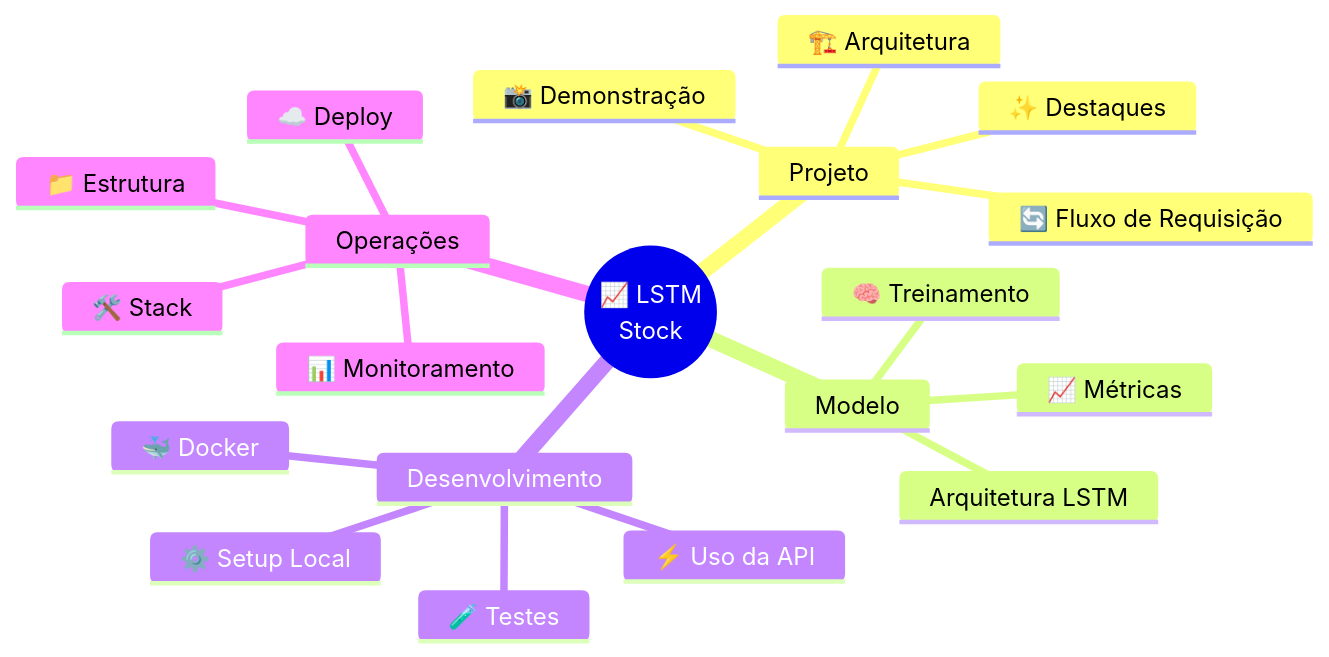
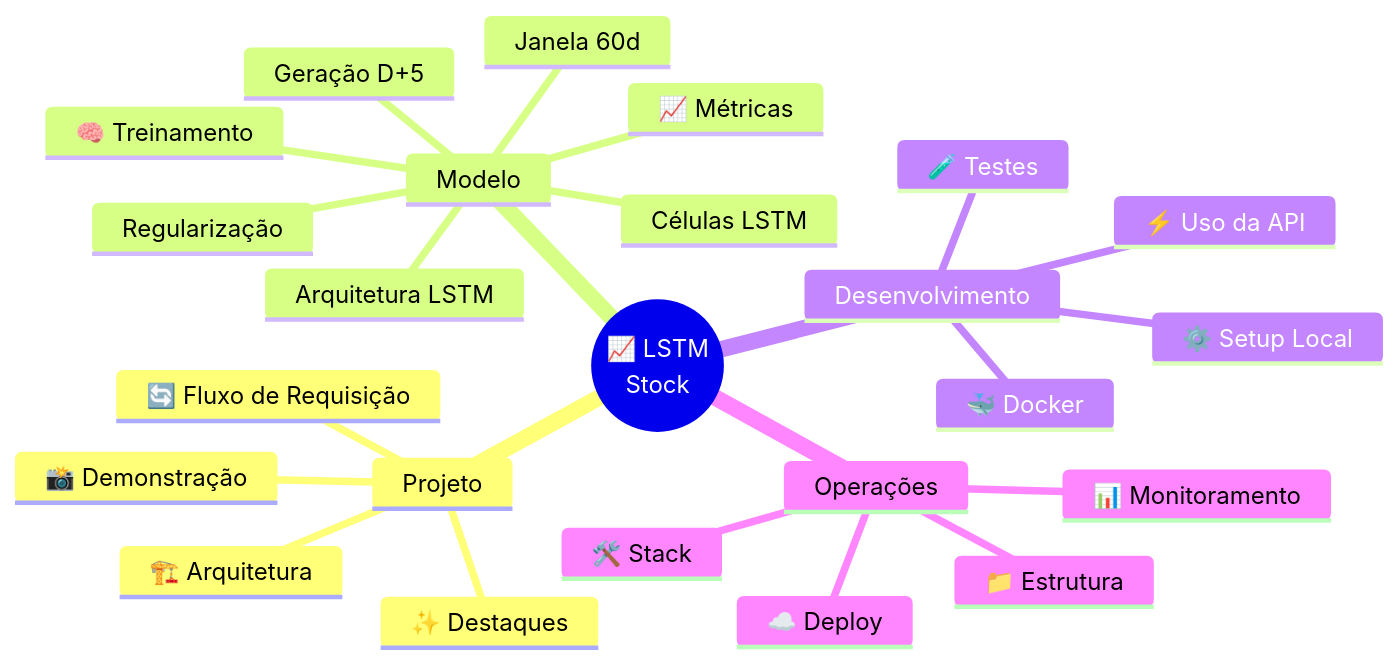
The second of 10 diagrams in README.md (dionebraga/Pos_Tech_MLET-Fase-4), drawn with Mermaid before and after one commit. The commit also changed other lines of this file, not shown here.

First line of the commit message:
README: replace xychart + add deep learning mechanism diagrams

````diff
--- a/README.md
+++ b/README.md
@@ -196,23 +196,27 @@
 ```mermaid
 mindmap
   root((📈 LSTM<br/>Stock))
     Projeto
       ✨ Destaques
       🏗️ Arquitetura
       🔄 Fluxo de Requisição
       📸 Demonstração
     Modelo
       📈 Métricas
       🧠 Treinamento
       Arquitetura LSTM
+      Células LSTM
+      Janela 60d
+      Geração D+5
+      Regularização
     Desenvolvimento
       ⚡ Uso da API
       ⚙️ Setup Local
       🧪 Testes
       🐳 Docker
     Operações
       🛠️ Stack
       📁 Estrutura
       📊 Monitoramento
       ☁️ Deploy
 ```
````
